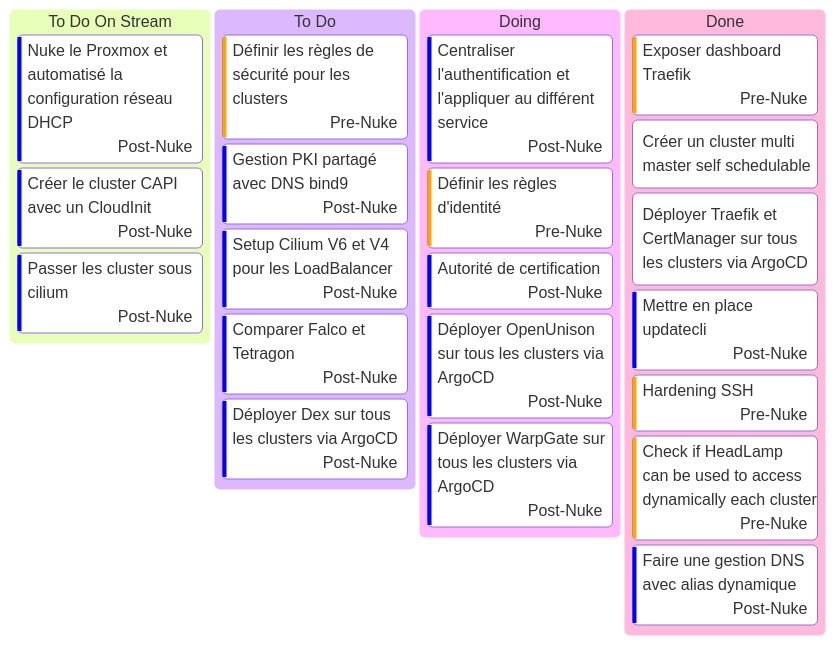
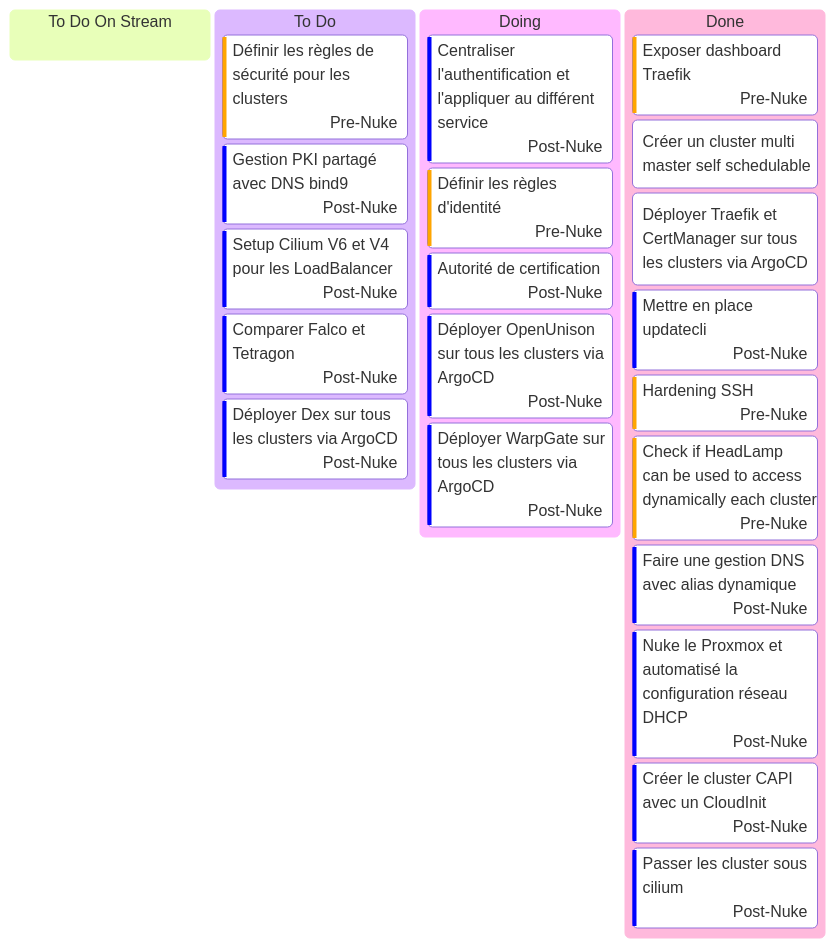
Before and after one commit to batleforc/weebo-si: the diagram in 0.docs/0.introduction/kanban.md, drawn with Mermaid. The commit also changed other lines of this file, not shown here.

````diff
--- a/0.docs/0.introduction/kanban.md
+++ b/0.docs/0.introduction/kanban.md
@@ -3,33 +3,33 @@
 ```mermaid
 ---
 config:
   kanban:
     ticketBaseUrl: 'https://github.com/batleforc/weebo-si/issue/#TICKET#'
 ---
 
 kanban
   todoS[To Do On Stream]
-    us4[Nuke le Proxmox et automatisé la configuration réseau DHCP]@{ assigned: Post-Nuke, priority: 'Low'}
-    us5[Créer le cluster CAPI avec un CloudInit]@{ assigned: Post-Nuke, priority: 'Low'}
-    us6[Passer les cluster sous cilium]@{ assigned: Post-Nuke, priority: 'Low'}
   todo[To Do]
     us3[Définir les règles de sécurité pour les clusters]@{ assigned: Pre-Nuke, priority: 'High'}
     us7[Gestion PKI partagé avec DNS bind9]@{ assigned: Post-Nuke, priority: 'Low'}
     use10[Setup Cilium V6 et V4 pour les LoadBalancer]@{ assigned: Post-Nuke, priority: 'Low'}
     us11[Comparer Falco et Tetragon]@{ assigned: Post-Nuke, priority: 'Low'}
     us14[Déployer Dex sur tous les clusters via ArgoCD]@{ assigned: Post-Nuke, priority: 'Low'}
   doing[Doing]
     use12[Centraliser l'authentification et l'appliquer au différent service]@{ assigned: Post-Nuke, priority: 'Low'}
     us8[Définir les règles d'identité]@{ assigned: Pre-Nuke, priority: 'High'}
     us16[Autorité de certification]@{ assigned: Post-Nuke, priority: 'Low'}
     use17[Déployer OpenUnison sur tous les clusters via ArgoCD]@{ assigned: Post-Nuke, priority: 'Low'}
     us18[Déployer WarpGate sur tous les clusters via ArgoCD]@{ assigned: Post-Nuke, priority: 'Low'}
   done[Done]
     us7[Exposer dashboard Traefik]@{ assigned: Pre-Nuke, priority: 'High'}
     us1[Créer un cluster multi master self schedulable]
     us2[Déployer Traefik et CertManager sur tous les clusters via ArgoCD]
     us9[Mettre en place updatecli]@{ assigned: Post-Nuke, priority: 'Low'}
     us13[Hardening SSH]@{ assigned: Pre-Nuke, priority: 'High'}
     use8[Check if HeadLamp can be used to access dynamically each cluster]@{ assigned: Pre-Nuke, priority: 'High'}
     us15[Faire une gestion DNS avec alias dynamique]@{ assigned: Post-Nuke, priority: 'Low'}
+    us4[Nuke le Proxmox et automatisé la configuration réseau DHCP]@{ assigned: Post-Nuke, priority: 'Low'}
+    us5[Créer le cluster CAPI avec un CloudInit]@{ assigned: Post-Nuke, priority: 'Low'}
+    us6[Passer les cluster sous cilium]@{ assigned: Post-Nuke, priority: 'Low'}
 ```
````
